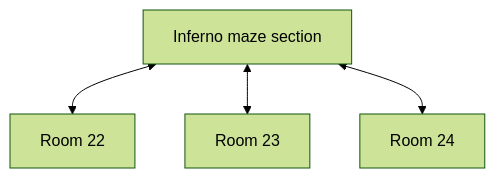
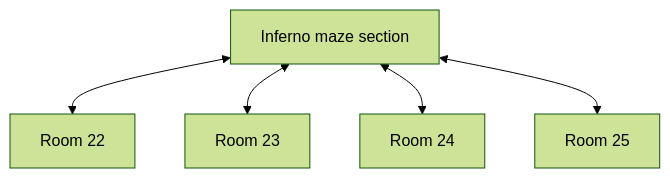
The fifth of 5 diagrams in Dungeon/Level_03/README.md (SlothBorg/Dungeon23), drawn with Mermaid (forest theme) before and after one commit. The commit also changed 4 other files, not shown here.

````diff
--- a/Dungeon/Level_03/README.md
+++ b/Dungeon/Level_03/README.md
@@ -54,6 +54,7 @@
 ```mermaid
 flowchart TD
     Inferno[Inferno maze section] <-->C22[Room 22]
     Inferno <--> C23[Room 23]
     Inferno <--> C24[Room 24]
+    Inferno <--> C25[Room 25]
 ```
````
